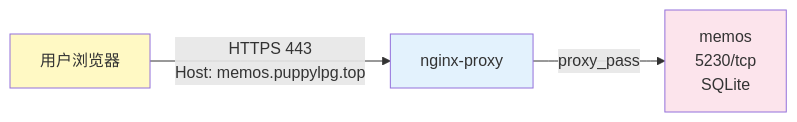
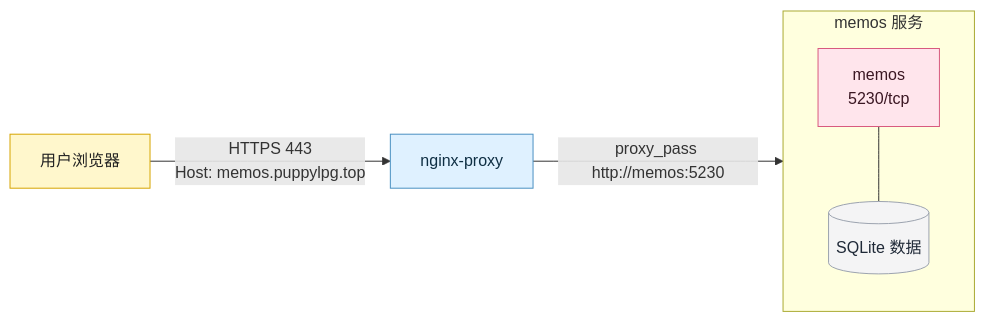
One commit to puppylpg/puppylpg.github.io changed the fifth of 10 diagrams in _ai/2026-06-08-vps-docker-panorama-v2ray-v4-to-v5-upgrade.md. Above: the diagram before and after it, drawn with Mermaid. The commit also changed other lines of this file, not shown here.

Commit message:
docs: optimize Mermaid diagrams for VPS Docker overview

````diff
--- a/_ai/2026-06-08-vps-docker-panorama-v2ray-v4-to-v5-upgrade.md
+++ b/_ai/2026-06-08-vps-docker-panorama-v2ray-v4-to-v5-upgrade.md
@@ -99,9 +168,24 @@
 ```mermaid
 flowchart LR
-    A[用户浏览器] -->|HTTPS 443<br/>Host: memos.puppylpg.top| B[nginx-proxy]
-    B -->|proxy_pass| C[memos<br/>5230/tcp<br/>SQLite]
+    browser[用户浏览器]
+    proxy[nginx-proxy]
 
-    style A fill:#fff9c4
-    style B fill:#e3f2fd
-    style C fill:#fce4ec
+    subgraph memos_svc[memos 服务]
+        direction TB
+        app[memos<br/>5230/tcp]
+        db[(SQLite 数据)]
+        app --- db
+    end
+
+    browser -->|HTTPS 443<br/>Host: memos.puppylpg.top| proxy
+    proxy -->|proxy_pass http://memos:5230| app
+
+    classDef user fill:#fff7cc,stroke:#d6a500,color:#222;
+    classDef gateway fill:#dff1ff,stroke:#4a90c2,color:#0f2f44;
+    classDef app fill:#ffe5ec,stroke:#d85a7f,color:#3b1723;
+    classDef data fill:#f4f4f5,stroke:#9ca3af,color:#1f2937;
+    class browser user;
+    class proxy gateway;
+    class app app;
+    class db data;
 ```
````
